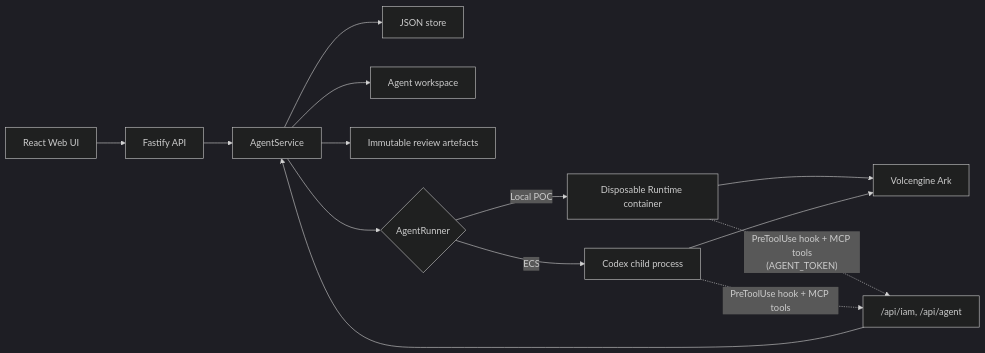
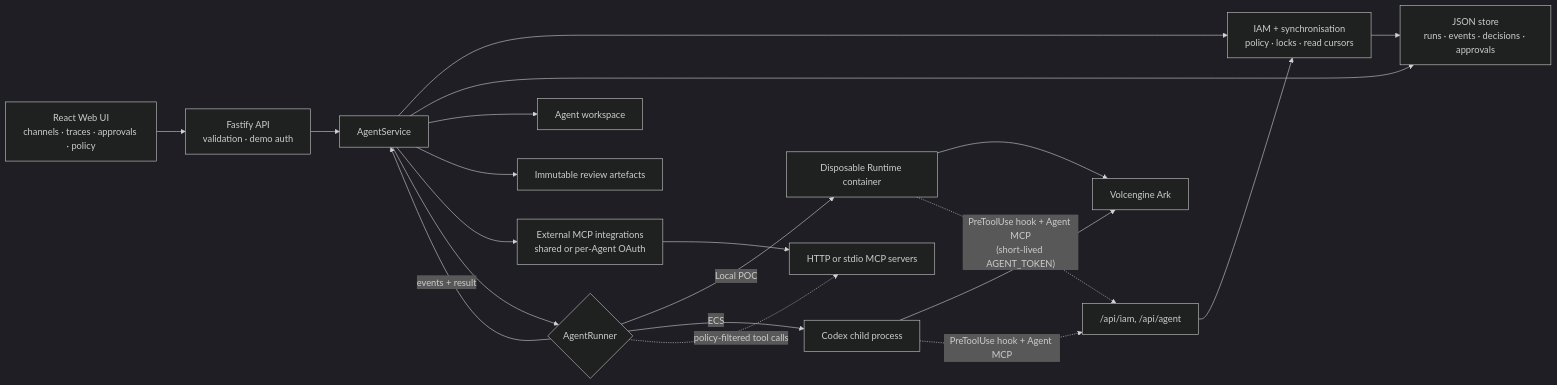
Before and after one commit to bipplane/KRYXstal: the diagram in docs/ARCHITECTURE.md, drawn with Mermaid (dark theme). The commit also changed other lines of this file and 3 other files, not shown here.

Commit message:
Update documentation of architecture

````diff
--- a/docs/ARCHITECTURE.md
+++ b/docs/ARCHITECTURE.md
@@ -5,16 +5,22 @@
 ```mermaid
 flowchart LR
-    UI["React Web UI"] --> API["Fastify API"]
+    UI["React Web UI<br/>channels · traces · approvals · policy"] --> API["Fastify API<br/>validation · demo auth"]
     API --> Service["AgentService"]
-    Service --> Store["JSON store"]
+    Service --> Sync["IAM + synchronisation<br/>policy · locks · read cursors"]
+    Sync --> Store["JSON store<br/>runs · events · decisions · approvals"]
+    Service --> Store
     Service --> Workspace["Agent workspace"]
     Service --> Artefacts["Immutable review artefacts"]
+    Service --> Integrations["External MCP integrations<br/>shared or per-Agent OAuth"]
     Service --> Runner{"AgentRunner"}
     Runner -->|Local POC| Container["Disposable Runtime container"]
     Runner -->|ECS| Process["Codex child process"]
     Container --> Ark["Volcengine Ark"]
     Process --> Ark
-    Container -. "PreToolUse hook + MCP tools\n(AGENT_TOKEN)" .-> IAM["/api/iam, /api/agent"]
-    Process -. "PreToolUse hook + MCP tools" .-> IAM
-    IAM --> Service
+    Container -. "PreToolUse hook + Agent MCP\n(short-lived AGENT_TOKEN)" .-> Enforcement["/api/iam, /api/agent"]
+    Process -. "PreToolUse hook + Agent MCP" .-> Enforcement
+    Enforcement --> Sync
+    Integrations --> External["HTTP or stdio MCP servers"]
+    Runner -. "policy-filtered tool calls" .-> External
+    Runner -->|events + result| Service
 ```
````
